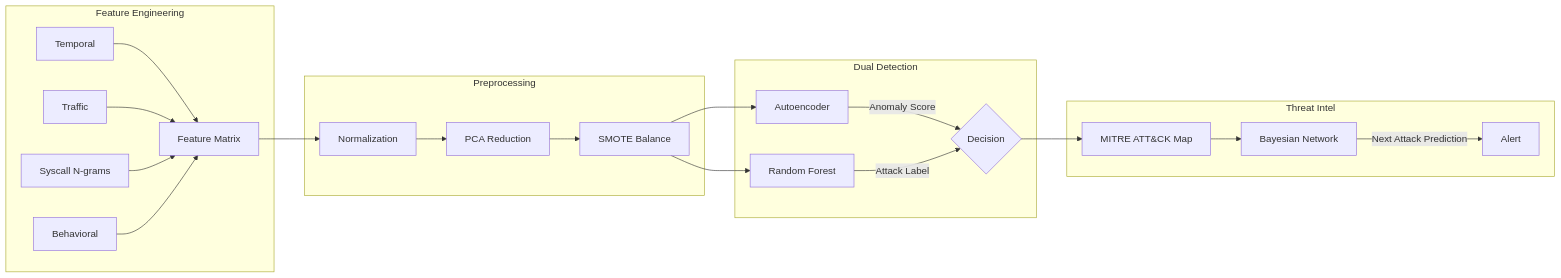
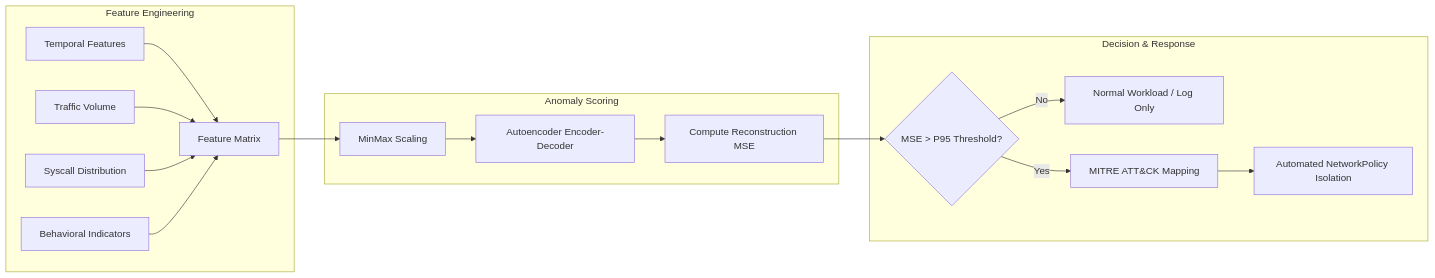
The second of 2 diagrams in docs/architecture.md (adithya-m-05/kubernetes-aiops-threat-detection), drawn with Mermaid before and after one commit. The commit also changed other lines of this file and 32 other files, not shown here.

````diff
--- a/docs/architecture.md
+++ b/docs/architecture.md
@@ -52,28 +45,22 @@
 ```mermaid
 graph LR
     subgraph Feature Engineering
-        T[Temporal] --> FM[Feature Matrix]
-        TR[Traffic] --> FM
-        SC[Syscall N-grams] --> FM
-        BH[Behavioral] --> FM
+        T[Temporal Features] --> FM[Feature Matrix]
+        TR[Traffic Volume] --> FM
+        SC[Syscall Distribution] --> FM
+        BH[Behavioral Indicators] --> FM
     end
 
-    subgraph Preprocessing
-        FM --> N[Normalization]
-        N --> PCA[PCA Reduction]
-        PCA --> SM[SMOTE Balance]
+    subgraph Anomaly Scoring
+        FM --> NORM[MinMax Scaling]
+        NORM --> AE[Autoencoder Encoder-Decoder]
+        AE --> MSE[Compute Reconstruction MSE]
     end
 
-    subgraph Dual Detection
-        SM --> AE[Autoencoder]
-        SM --> RF[Random Forest]
-        AE -->|Anomaly Score| D{Decision}
-        RF -->|Attack Label| D
-    end
-
-    subgraph Threat Intel
-        D --> MITRE[MITRE ATT&CK Map]
-        MITRE --> BN[Bayesian Network]
-        BN -->|Next Attack Prediction| ALERT[Alert]
+    subgraph Decision & Response
+        MSE --> THRESH{MSE > P95 Threshold?}
+        THRESH -->|No| LOG[Normal Workload / Log Only]
+        THRESH -->|Yes| MAP[MITRE ATT&CK Mapping]
+        MAP --> QUARANTINE[Automated NetworkPolicy Isolation]
     end
 ```
````
